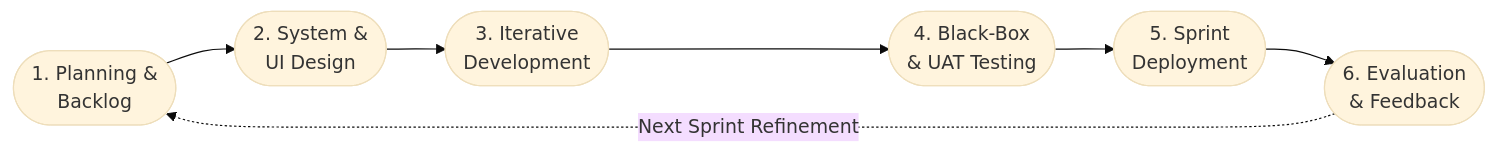
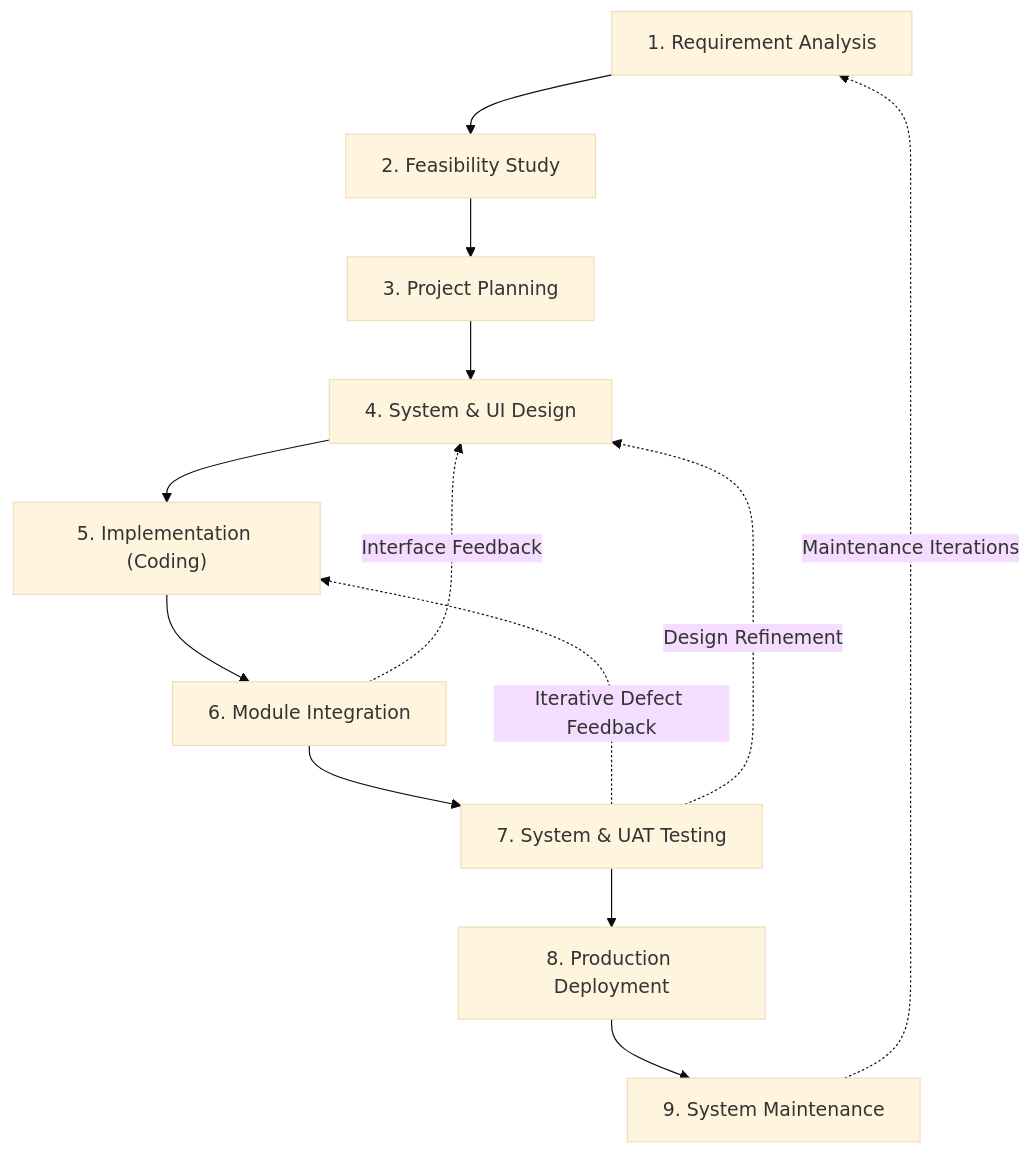
One commit to kamru03/Clinic-queue-and-token-management-system changed the fourth of 4 diagrams in Clinic_Queue_Practical_Report.md. Above: the diagram before and after it, drawn with Mermaid (base theme). The commit also changed other lines of this file and 4 other files, not shown here.

````diff
--- a/Clinic_Queue_Practical_Report.md
+++ b/Clinic_Queue_Practical_Report.md
@@ -444,9 +463,16 @@
 ```mermaid
-flowchart LR
-    P(["1. Planning &<br/>Backlog"]) --> D(["2. System &<br/>UI Design"])
-    D --> DEV(["3. Iterative<br/>Development"])
-    DEV --> T(["4. Black-Box<br/>& UAT Testing"])
-    T --> DEP(["5. Sprint<br/>Deployment"])
-    DEP --> EV(["6. Evaluation<br/>& Feedback"])
-    EV -.->|"Next Sprint Refinement"| P
+flowchart TD
+    P1["1. Requirement Analysis"] --> P2["2. Feasibility Study"]
+    P2 --> P3["3. Project Planning"]
+    P3 --> P4["4. System & UI Design"]
+    P4 --> P5["5. Implementation (Coding)"]
+    P5 --> P6["6. Module Integration"]
+    P6 --> P7["7. System & UAT Testing"]
+    P7 --> P8["8. Production Deployment"]
+    P8 --> P9["9. System Maintenance"]
+
+    P7 -.->|"Iterative Defect Feedback"| P5
+    P7 -.->|"Design Refinement"| P4
+    P6 -.->|"Interface Feedback"| P4
+    P9 -.->|"Maintenance Iterations"| P1
 ```
````
